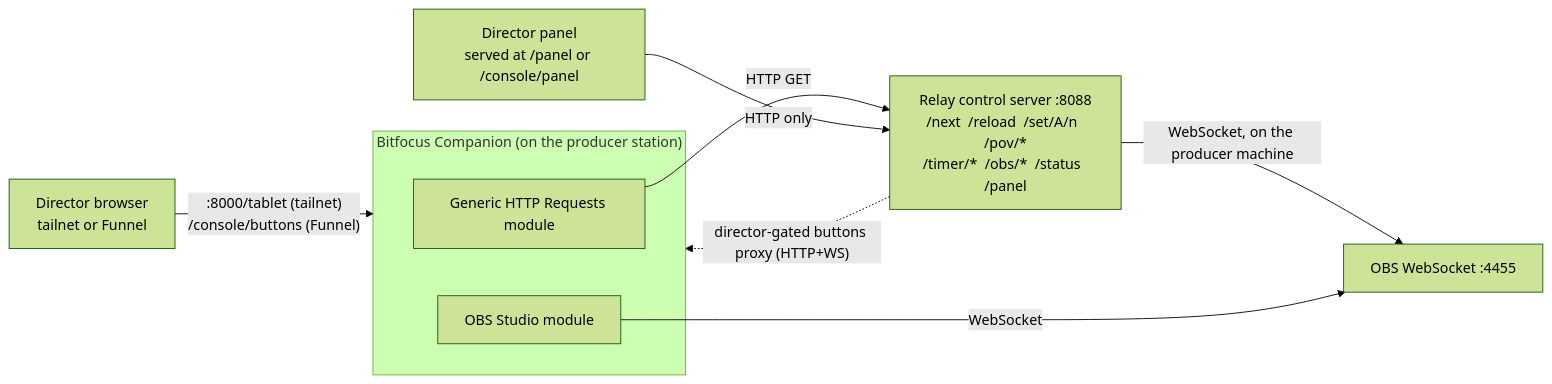
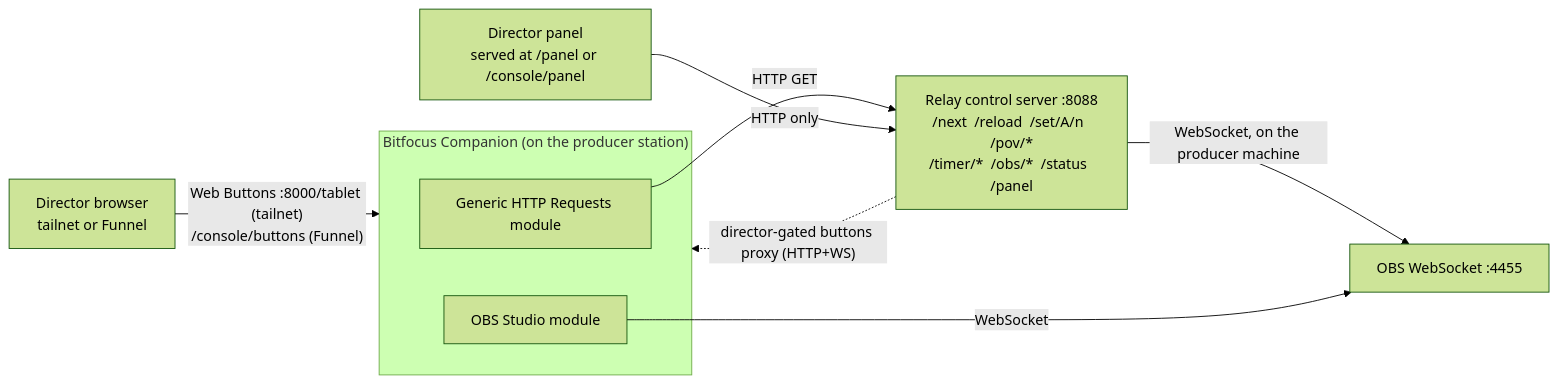
The third of 4 diagrams in src/docs/wiki/Architecture.md (jegr78/gt-endurance-racing-broadcast), drawn with Mermaid (forest theme) before and after one commit. The commit also changed other lines of this file and 13 other files, not shown here.

Commit message:
docs(wiki): add Console launcher page + sweep "tablet"->"Web Buttons" terminology (#236)

````diff
--- a/src/docs/wiki/Architecture.md
+++ b/src/docs/wiki/Architecture.md
@@ -143,15 +143,15 @@
 ```mermaid
 flowchart LR
   subgraph Companion["Bitfocus Companion (on the producer station)"]
     GH["Generic HTTP Requests module"]
     OM["OBS Studio module"]
   end
 
   GH -->|"HTTP GET"| EP["Relay control server :8088<br/>/next  /reload  /set/A/n  /pov/*<br/>/timer/*  /obs/*  /status  /panel"]
   PANEL["Director panel<br/>served at /panel or /console/panel"] -->|"HTTP only"| EP
   EP -->|"WebSocket, on the producer machine"| WS["OBS WebSocket :4455"]
   EP -. "director-gated buttons proxy (HTTP+WS)" .-> Companion
   OM -->|"WebSocket"| WS
 
-  DIR["Director browser<br/>tailnet or Funnel"] -->|":8000/tablet (tailnet)<br/>/console/buttons (Funnel)"| Companion
+  DIR["Director browser<br/>tailnet or Funnel"] -->|"Web Buttons :8000/tablet (tailnet)<br/>/console/buttons (Funnel)"| Companion
 ```
````
